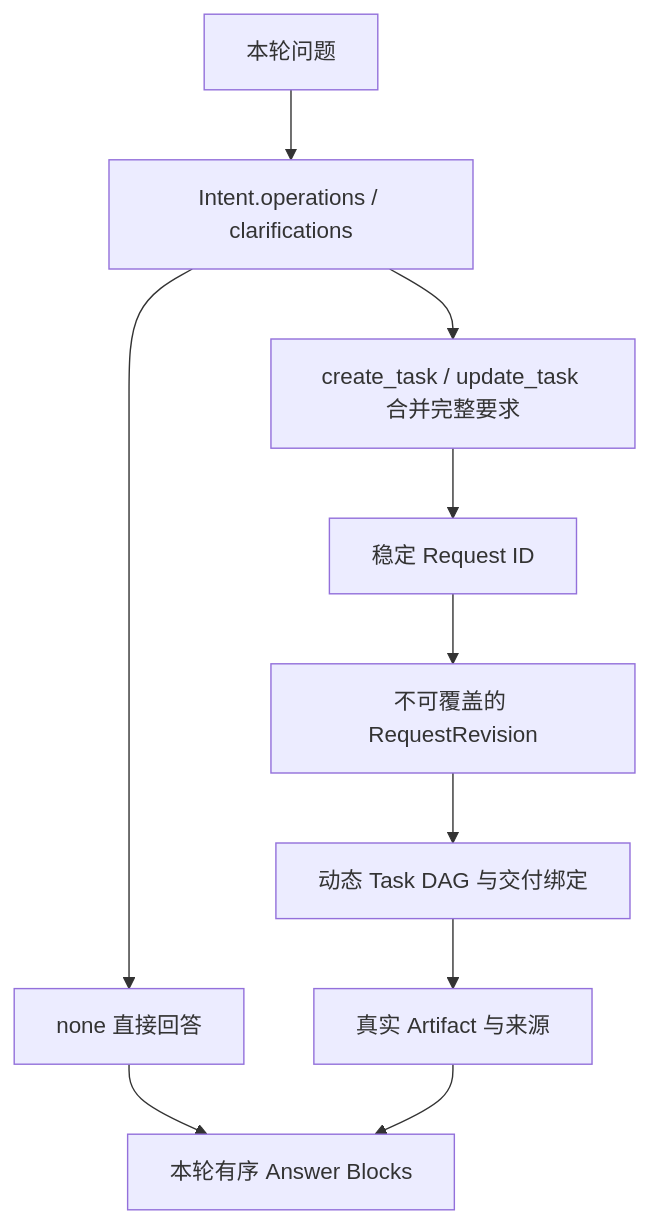
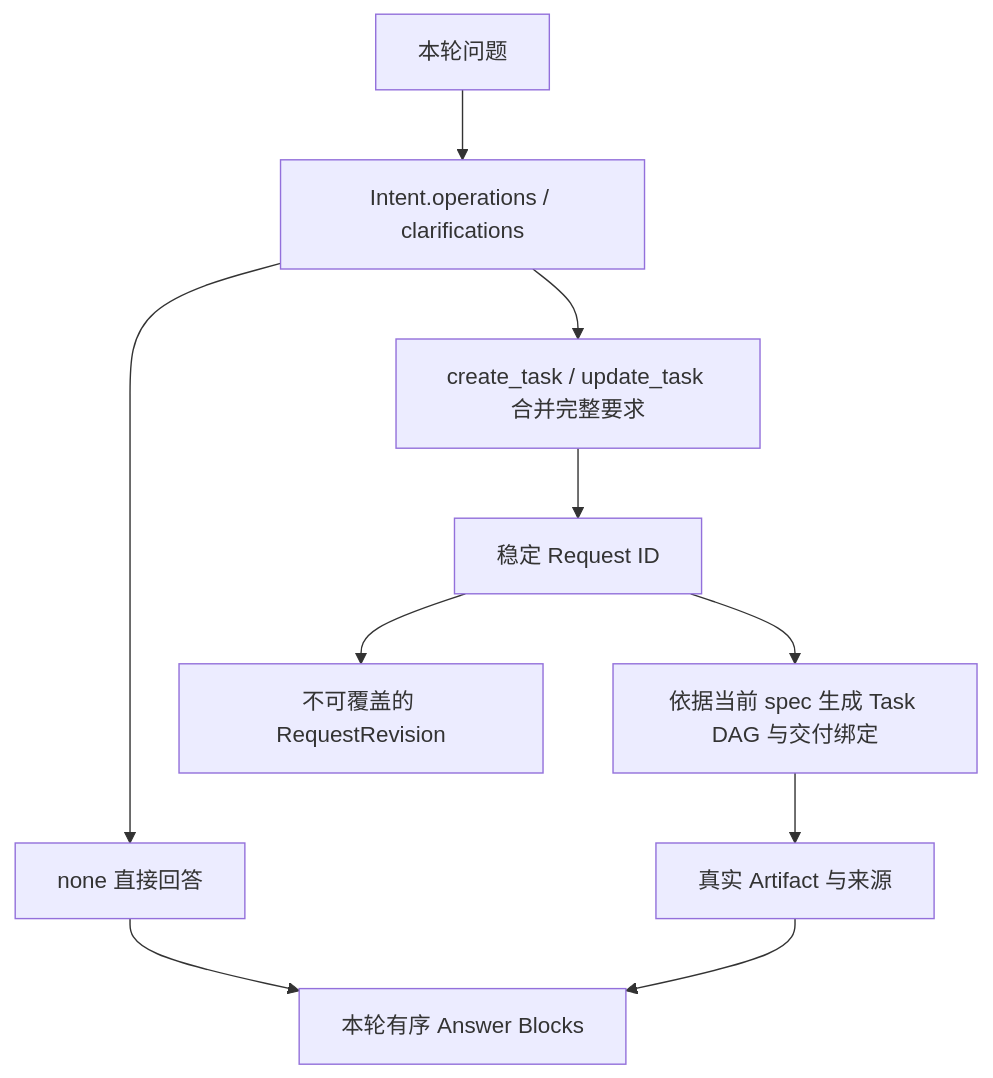
Before and after one commit to manifesting696-byte/Project: the diagram in docs/第三版设计/字段与数据流.md, drawn with Mermaid. The commit also changed other lines of this file and 14 other files, not shown here.

````diff
--- a/docs/第三版设计/字段与数据流.md
+++ b/docs/第三版设计/字段与数据流.md
@@ -7,12 +7,12 @@
 ```mermaid
 flowchart TD
     Query[本轮问题] --> Intent[Intent.operations / clarifications]
     Intent --> Direct[none 直接回答]
     Intent --> Definition[create_task / update_task 合并完整要求]
     Definition --> Request[稳定 Request ID]
     Request --> Revision[不可覆盖的 RequestRevision]
-    Revision --> Plan[动态 Task DAG 与交付绑定]
+    Request --> Plan[依据当前 spec 生成 Task DAG 与交付绑定]
     Plan --> Artifact[真实 Artifact 与来源]
     Direct --> Answer[本轮有序 Answer Blocks]
     Artifact --> Answer
 ```
````
